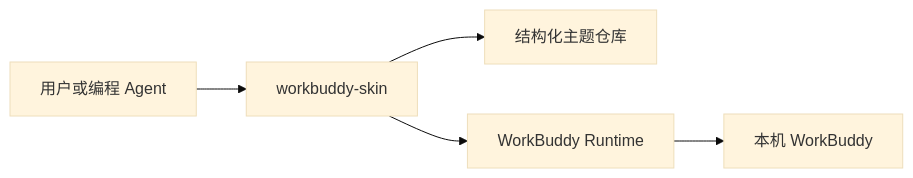
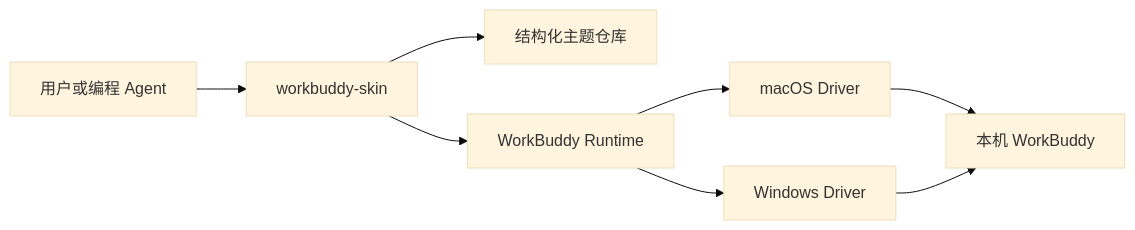
The diagram in docs/architecture.md (l77948032-cyber/WorkBuddy-Skin), drawn with Mermaid (base theme) before and after one commit. The commit also changed other lines of this file and 29 other files, not shown here.

Commit message:
feat: add Windows WorkBuddy skin runtime

````diff
--- a/docs/architecture.md
+++ b/docs/architecture.md
@@ -5,7 +6,10 @@
 ```mermaid
 flowchart LR
   A["用户或编程 Agent"] --> B["workbuddy-skin"]
   B --> C["结构化主题仓库"]
   B --> D["WorkBuddy Runtime"]
-  D --> E["本机 WorkBuddy"]
+  D --> E["macOS Driver"]
+  D --> F["Windows Driver"]
+  E --> G["本机 WorkBuddy"]
+  F --> G
 ```
````
